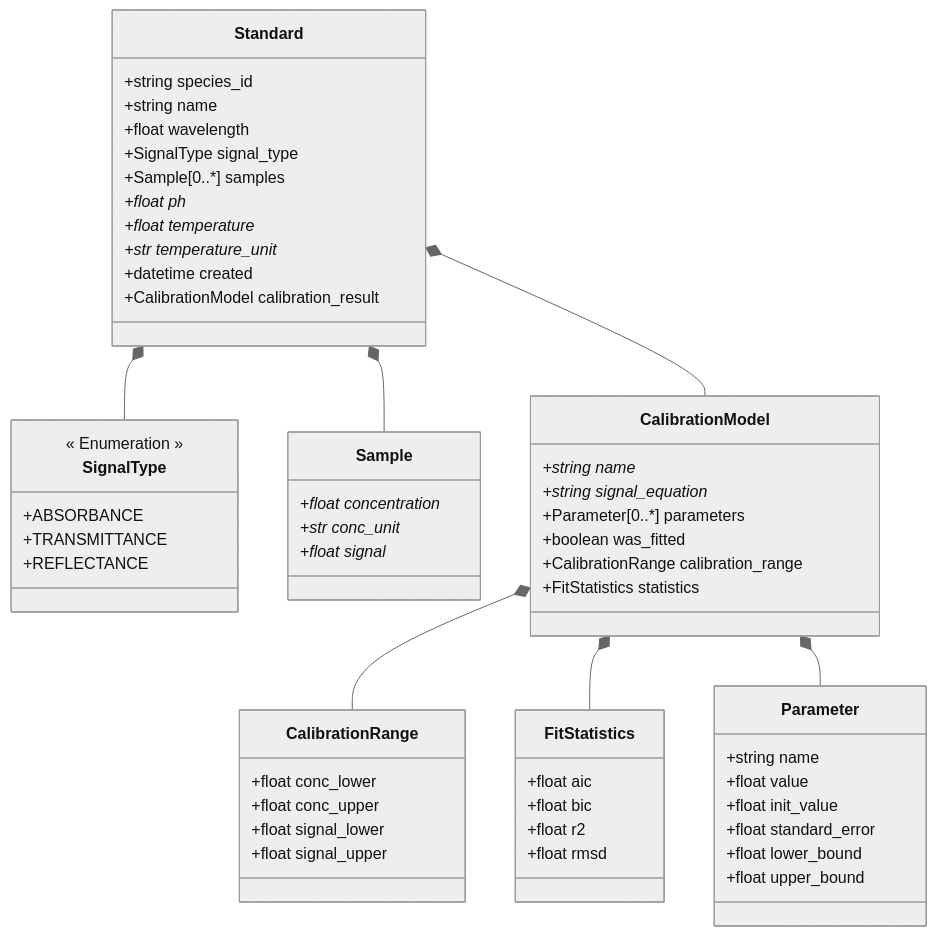
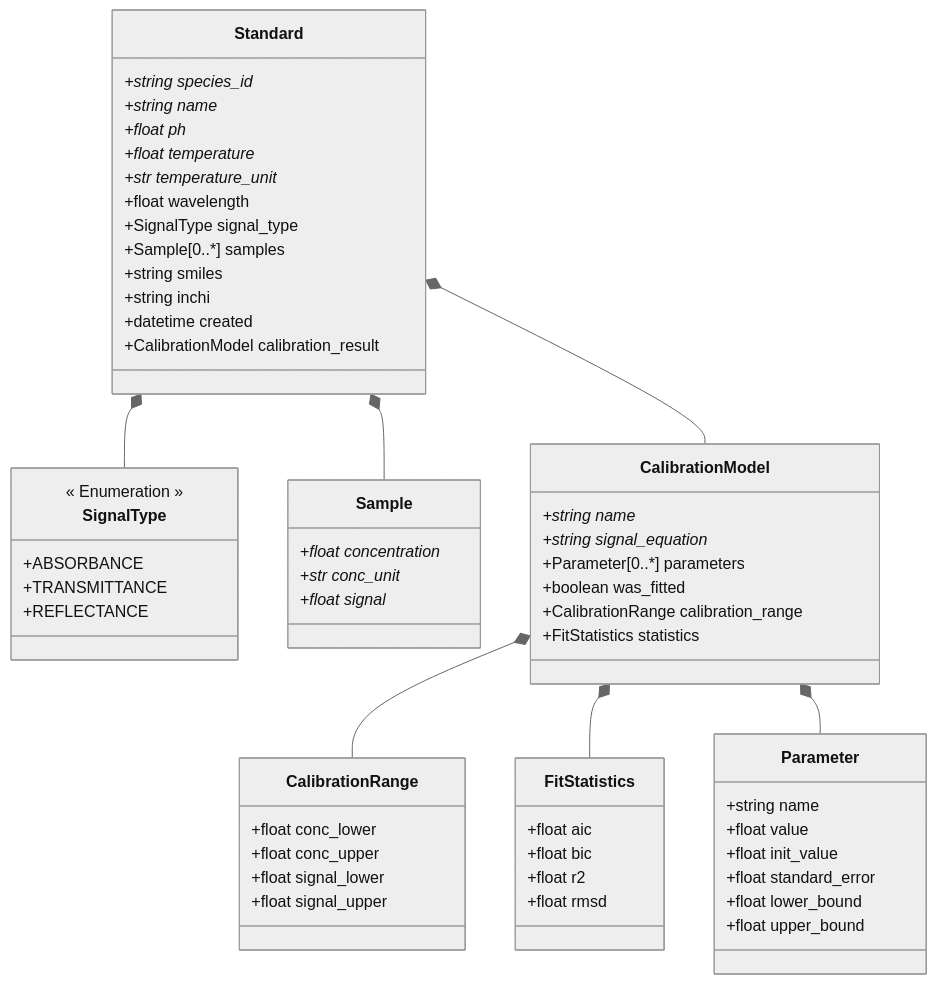
Before and after one commit to FAIRChemistry/datamodel_calibration: the diagram in CaliPytion/schemes/calipytion_schema.md, drawn with Mermaid (neutral theme). The commit also changed 7 other files, not shown here.

````diff
--- a/CaliPytion/schemes/calipytion_schema.md
+++ b/CaliPytion/schemes/calipytion_schema.md
@@ -1,68 +1,70 @@
 ```mermaid
 classDiagram
     Standard *-- SignalType
     Standard *-- Sample
     Standard *-- CalibrationModel
     CalibrationModel *-- CalibrationRange
     CalibrationModel *-- FitStatistics
     CalibrationModel *-- Parameter
     
     class Standard {
-        +string species_id
-        +string name
+        +string species_id*
+        +string name*
+        +float ph*
+        +float temperature*
+        +str temperature_unit*
         +float wavelength
         +SignalType signal_type
         +Sample[0..*] samples
-        +float ph*
-        +float temperature*
-        +str temperature_unit*
+        +string smiles
+        +string inchi
         +datetime created
         +CalibrationModel calibration_result
     }
     
     class Sample {
         +float concentration*
         +str conc_unit*
         +float signal*
     }
     
     class CalibrationModel {
         +string name*
         +string signal_equation*
         +Parameter[0..*] parameters
         +boolean was_fitted
         +CalibrationRange calibration_range
         +FitStatistics statistics
     }
     
     class CalibrationRange {
         +float conc_lower
         +float conc_upper
         +float signal_lower
         +float signal_upper
     }
     
     class FitStatistics {
         +float aic
         +float bic
         +float r2
         +float rmsd
     }
     
     class Parameter {
         +string name
         +float value
         +float init_value
         +float standard_error
         +float lower_bound
         +float upper_bound
     }
     
     class SignalType {
         << Enumeration >>
         +ABSORBANCE
         +TRANSMITTANCE
         +REFLECTANCE
     }
     
 ```
````
